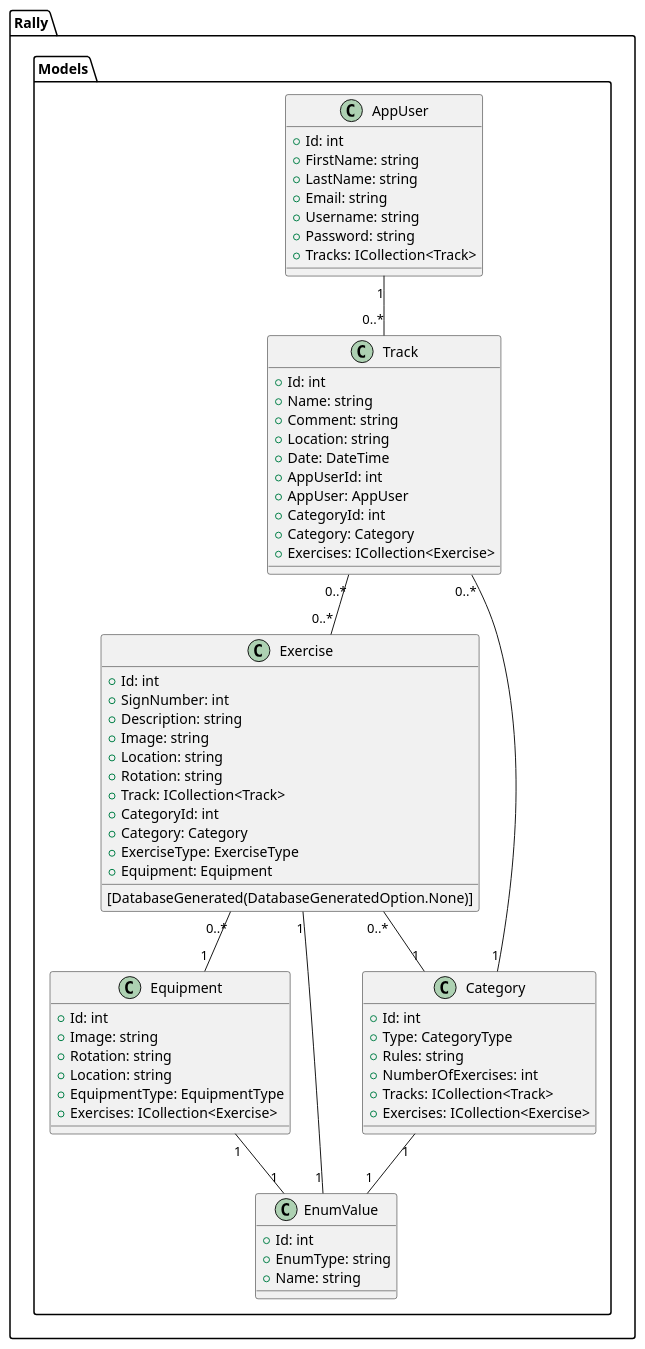
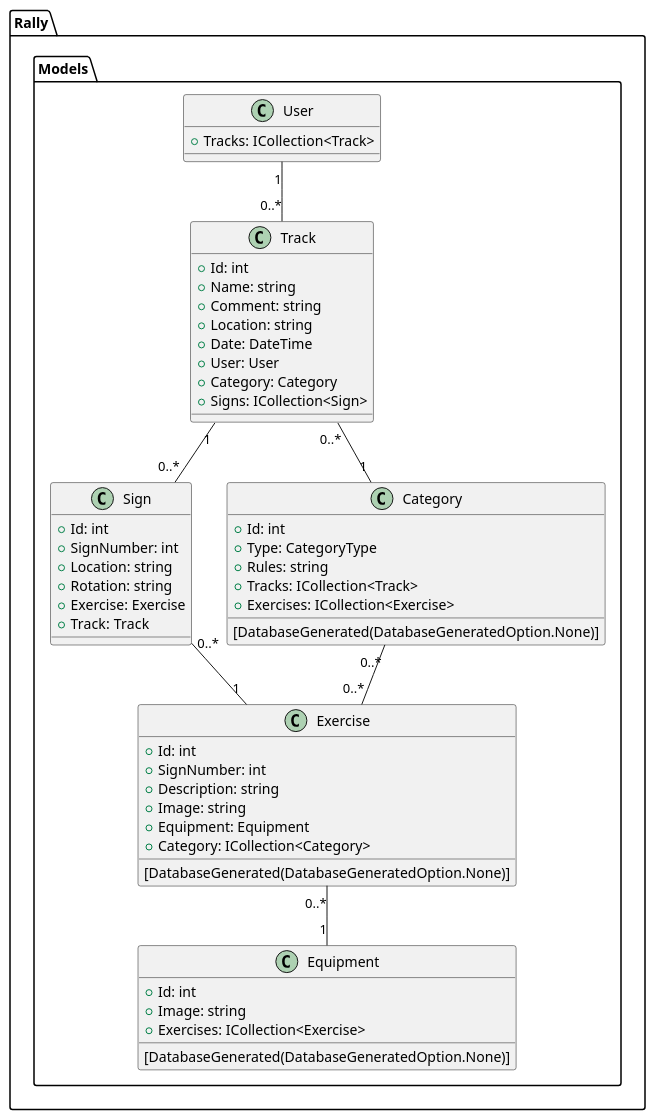
One commit to Trygvemb/Rally_MVC changed the diagram in Documentation/DCD.wsd. Above: the diagram before and after it, drawn with PlantUML.

Commit message:
documentaion

```diff
--- a/Documentation/DCD.wsd
+++ b/Documentation/DCD.wsd
@@ -1,79 +1,65 @@
 @startuml Design Class Diagram for models
 
 namespace Rally.Models {
-    class AppUser {
-        + Id: int
-        + FirstName: string
-        + LastName: string
-        + Email: string
-        + Username: string
-        + Password: string
+    class User {
         + Tracks: ICollection<Track>
     }
 
     class Track {
         + Id: int
         + Name: string
         + Comment: string
         + Location: string
         + Date: DateTime
-        + AppUserId: int
-        + AppUser: AppUser
-        + CategoryId: int
+        + User: User
         + Category: Category
-        + Exercises: ICollection<Exercise>
+        + Signs: ICollection<Sign>
+    }
+
+    class Sign {
+        + Id: int
+        + SignNumber: int
+        + Location: string
+        + Rotation: string
+        + Exercise: Exercise
+        + Track: Track
     }
 
     class Exercise {
         [DatabaseGenerated(DatabaseGeneratedOption.None)]
         + Id: int
         + SignNumber: int
         + Description: string
         + Image: string
-        + Location: string
-        + Rotation: string
-        + Track: ICollection<Track>
-        + CategoryId: int
-        + Category: Category
-        + ExerciseType: ExerciseType
         + Equipment: Equipment
+        + Category: ICollection<Category>
     }
 
     class Equipment {
+        [DatabaseGenerated(DatabaseGeneratedOption.None)]
         + Id: int
         + Image: string
-        + Rotation: string
-        + Location: string
-        + EquipmentType: EquipmentType
         + Exercises: ICollection<Exercise>
     }
 
     class Category {
+        [DatabaseGenerated(DatabaseGeneratedOption.None)]
         + Id: int
         + Type: CategoryType
         + Rules: string
-        + NumberOfExercises: int
         + Tracks: ICollection<Track>
         + Exercises: ICollection<Exercise>
     }
 
-    class EnumValue {
-        + Id: int
-        + EnumType: string
-        + Name: string
-    }
-
-    AppUser "1" -- "0..*" Track
+    User "1" -- "0..*" Track
     Track "0..*" -- "1" Category
-    Track "0..*" -- "0..*" Exercise
+    Track "1" -- "0..*" Sign
+    Sign "0..*" -- "1" Exercise
     Exercise "0..*" -- "1" Equipment
-    Exercise "0..*" -- "1" Category
-    Category "1" -- "1" EnumValue
-    Exercise "1" -- "1" EnumValue
-    Equipment "1" -- "1" EnumValue
+    Category "0..*" -- "0..*" Exercise
 
 }
 
 
 
 @enduml
```
